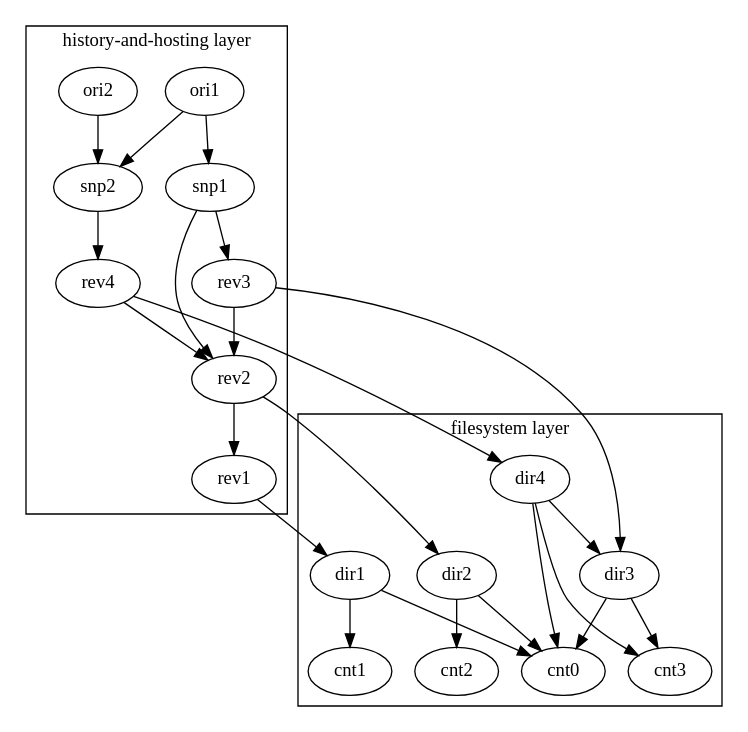
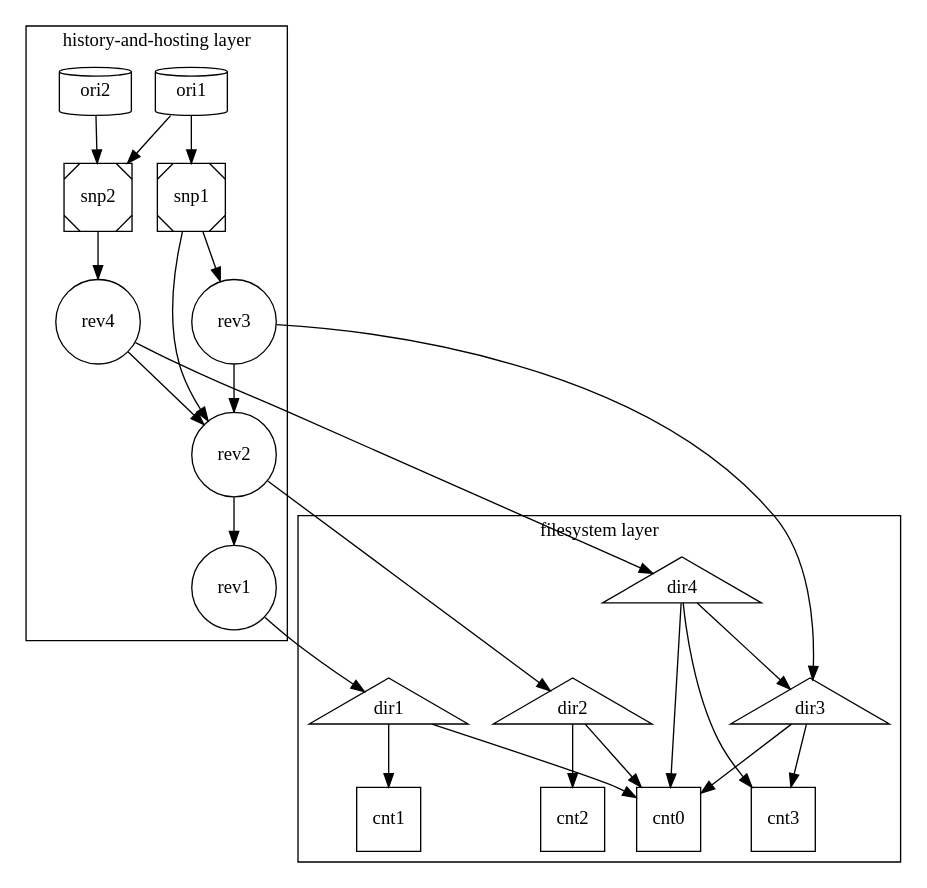
Before and after one commit to SoftwareHeritage/swh-graph: the diagram in docs/images/graph_layers.dot, drawn with Graphviz. The commit also changed 1 other file, not shown here.

```diff
--- a/docs/images/graph_layers.dot
+++ b/docs/images/graph_layers.dot
@@ -1,55 +1,55 @@
 digraph {
     subgraph cluster_histhost {
         label = "history-and-hosting layer"
 
         subgraph {
             rank = same;
-            ori1; ori2;
+            ori1, ori2 [shape=cylinder];
         }
 
         subgraph {
             rank = same;
-            snp1; snp2;
+            snp1, snp2 [shape=Msquare];
         }
 
-        rev1; rev2; rev3; rev4;
+        rev1, rev2, rev3, rev4 [shape=circle];
     }
 
     subgraph cluster_filesystem {
         label = "filesystem layer"
 
-        dir1; dir2; dir3; dir4;
+        dir1, dir2, dir3, dir4 [shape=triangle];
 
         subgraph {
             rank = same;
-            cnt0; cnt1; cnt2; cnt3;
+            cnt0, cnt1, cnt2, cnt3 [shape=square];
         }
     }
 
     ori1 -> snp1
     ori1 -> snp2
     ori2 -> snp2
 
     rev4 -> rev2
     rev3 -> rev2
     rev2 -> rev1
     snp1 -> rev2
     snp1 -> rev3
     snp2 -> rev4
 
     rev4 -> dir4
     rev3 -> dir3
     rev2 -> dir2
     rev1 -> dir1
 
     dir4 -> cnt0
     dir4 -> dir3
     dir3 -> cnt0
     dir2 -> cnt0
     dir1 -> cnt0
 
     dir4 -> cnt3
     dir3 -> cnt3
     dir2 -> cnt2
     dir1 -> cnt1
 }
```
